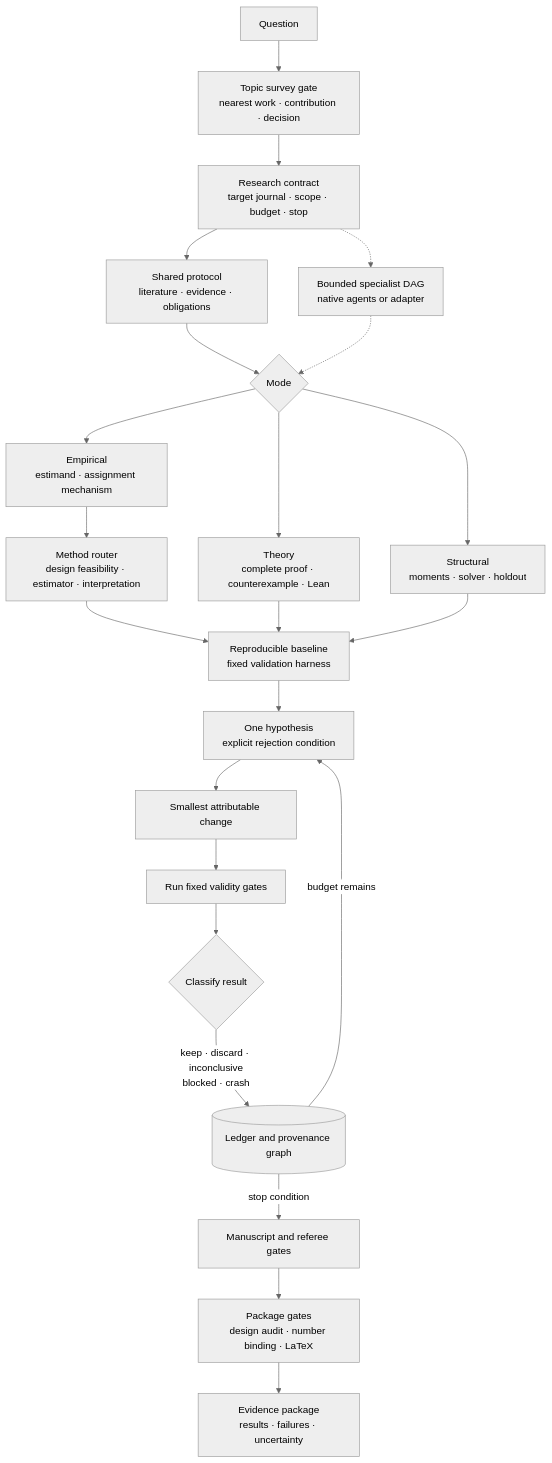
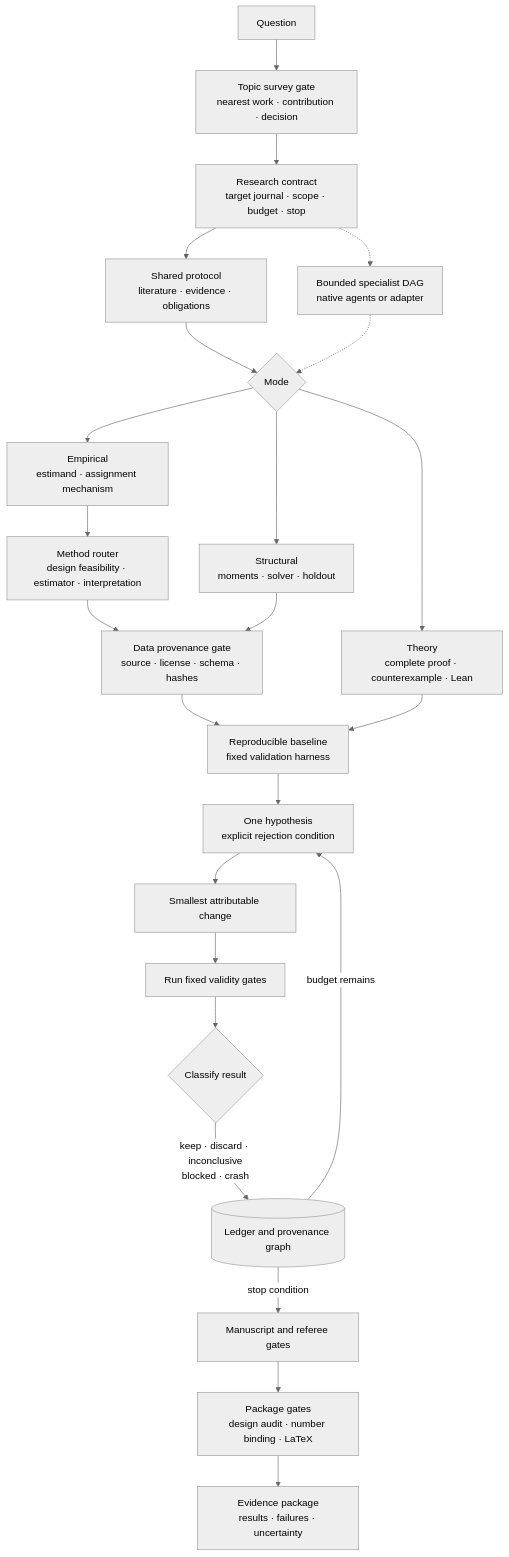
The diagram in README.md (Tohskcid/econ-research-lab), drawn with Mermaid (neutral theme) before and after one commit. The commit also changed other lines of this file and 16 other files, not shown here.

````diff
--- a/README.md
+++ b/README.md
@@ -9,25 +9,26 @@
 ```mermaid
 flowchart TD
     Q[Question] --> TS[Topic survey gate<br/>nearest work · contribution · decision]
     TS --> C[Research contract<br/>target journal · scope · budget · stop]
     C --> S[Shared protocol<br/>literature · evidence · obligations]
     C -.-> A[Bounded specialist DAG<br/>native agents or adapter]
     S --> R{Mode}
     R --> E[Empirical<br/>estimand · assignment mechanism]
     R --> T[Theory<br/>complete proof · counterexample · Lean]
     R --> X[Structural<br/>moments · solver · holdout]
     A -.-> R
     E --> ER[Method router<br/>design feasibility · estimator · interpretation]
-    ER --> B[Reproducible baseline<br/>fixed validation harness]
+    ER --> DP[Data provenance gate<br/>source · license · schema · hashes]
+    DP --> B[Reproducible baseline<br/>fixed validation harness]
     T --> B
-    X --> B
+    X --> DP
     B --> H[One hypothesis<br/>explicit rejection condition]
     H --> D1[Smallest attributable change]
     D1 --> V[Run fixed validity gates]
     V --> K{Classify result}
     K -->|keep · discard · inconclusive<br/>blocked · crash| P[(Ledger and provenance graph)]
     P -->|budget remains| H
     P -->|stop condition| M[Manuscript and referee gates]
     M --> G[Package gates<br/>design audit · number binding · LaTeX]
     G --> D[Evidence package<br/>results · failures · uncertainty]
 ```
````
